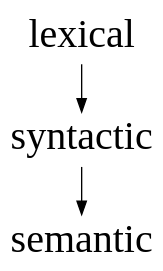
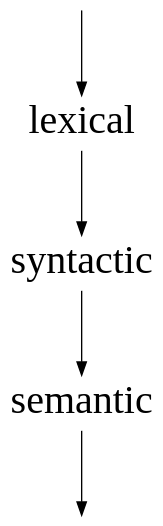
One commit to nirname/regexp-report changed the fourth of 6 diagrams in source/index.md. Above: the diagram before and after it, drawn with Graphviz. The commit also changed other lines of this file and 1 other file, not shown here.

````diff
--- a/source/index.md
+++ b/source/index.md
@@ -135,9 +173,12 @@
 ```dot
 digraph {
   bgcolor="transparent"
   node [shape="none" fontsize="30.0"]
-  lexical ->
-  syntactic ->
-  semantic
+  edge [fontsize="25.0"]
+
+  ""->lexical [label="  "]
+  lexical->syntactic [label="  "]
+  syntactic->semantic [label="  "]
+  semantic->" " [label="  "]
 }
 ```
````
